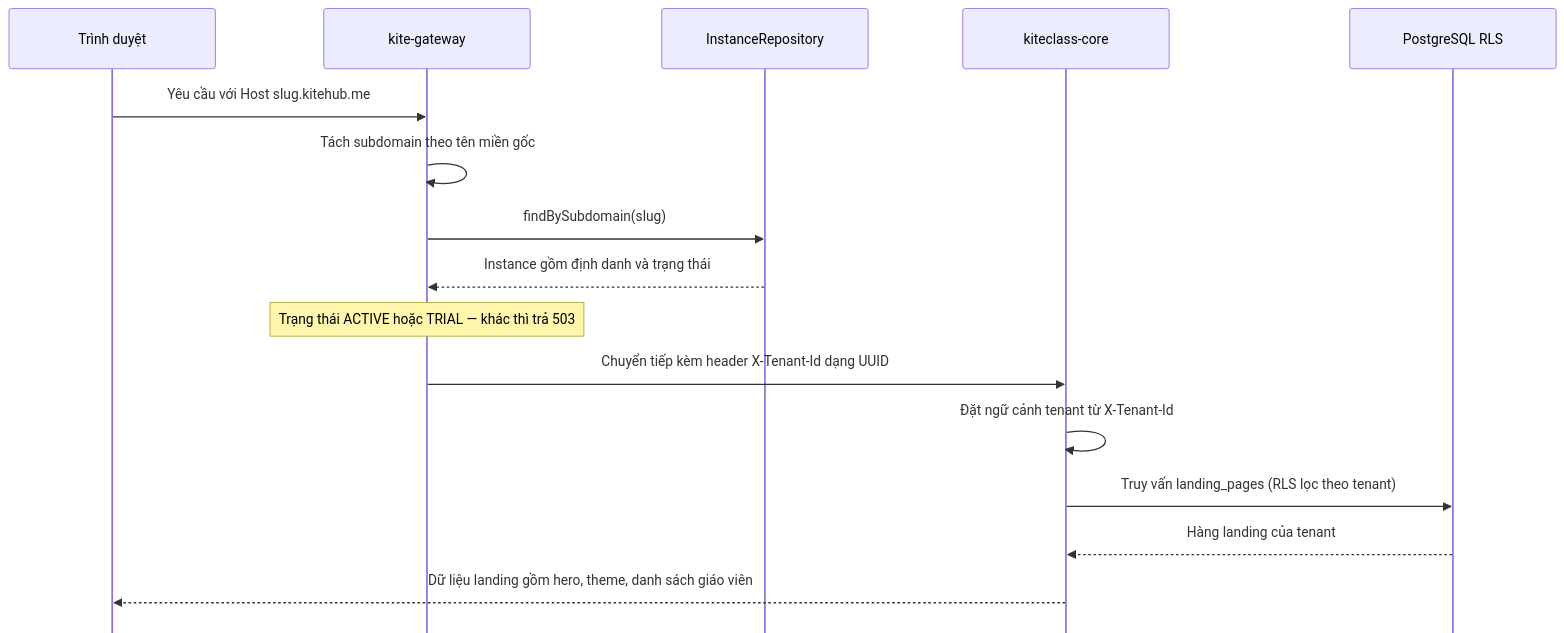
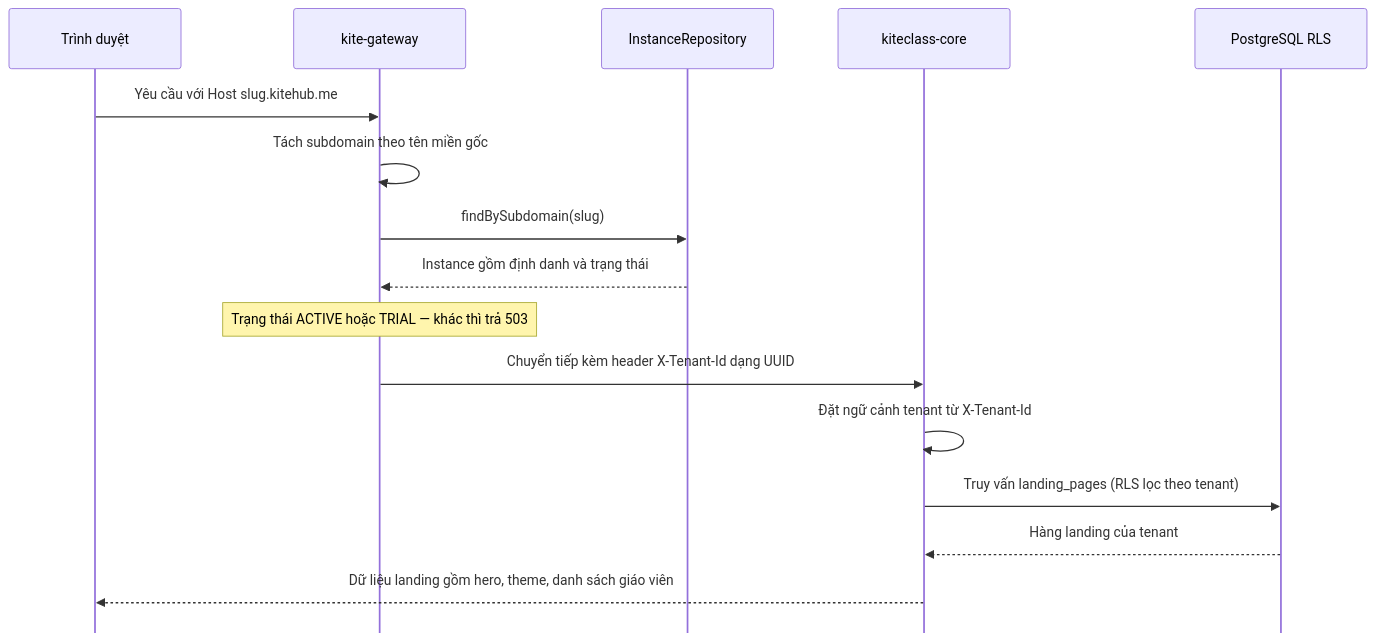
One commit to VictorAurelius/2026-Kite-Class-Platform changed the seventh of 12 diagrams in documents/08-thesis/chapter-2-system-architecture.md. Above: the diagram before and after it, drawn with Mermaid. The commit also changed other lines of this file and 2 other files, not shown here.

First line of the commit message:
docs(thesis): apply Option C Bảng 2.11 disclaimer + tune all sequence diagrams

````diff
--- a/documents/08-thesis/chapter-2-system-architecture.md
+++ b/documents/08-thesis/chapter-2-system-architecture.md
@@ -499,20 +499,20 @@
 ```mermaid
-%%{init: {"sequence": {"diagramMarginX": 50, "diagramMarginY": 25, "actorMargin": 110, "width": 240, "height": 70, "boxMargin": 18, "messageMargin": 50, "mirrorActors": false}, "themeVariables": {"fontSize": "28px", "messageFontSize": "26px", "noteFontSize": "26px"}}}%%
+%%{init: {"sequence": {"diagramMarginX": 50, "diagramMarginY": 25, "actorMargin": 75, "width": 200, "height": 70, "boxMargin": 18, "messageMargin": 50, "mirrorActors": false}, "themeVariables": {"fontSize": "34px", "messageFontSize": "32px", "noteFontSize": "32px"}}}%%
 sequenceDiagram
     participant B as Trình duyệt
     participant GW as kite-gateway
     participant IR as InstanceRepository
     participant Core as kiteclass-core
     participant DB as PostgreSQL RLS
 
     B->>GW: Yêu cầu với Host slug.kitehub.me
     GW->>GW: Tách subdomain theo tên miền gốc
     GW->>IR: findBySubdomain(slug)
     IR-->>GW: Instance gồm định danh và trạng thái
     Note over GW: Trạng thái ACTIVE hoặc TRIAL — khác thì trả 503
     GW->>Core: Chuyển tiếp kèm header X-Tenant-Id dạng UUID
     Core->>Core: Đặt ngữ cảnh tenant từ X-Tenant-Id
     Core->>DB: Truy vấn landing_pages (RLS lọc theo tenant)
     DB-->>Core: Hàng landing của tenant
     Core-->>B: Dữ liệu landing gồm hero, theme, danh sách giáo viên
 ```
````
